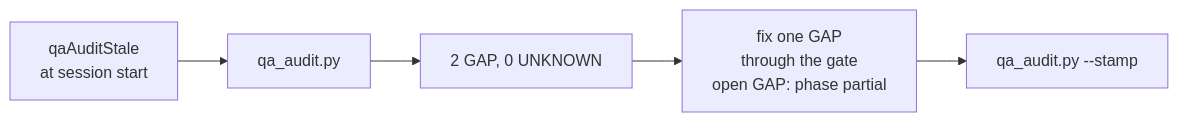
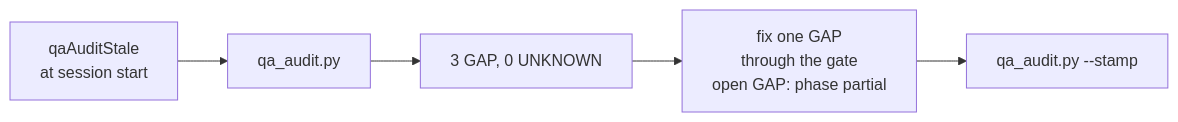
One commit to mbadali25/useful-claude-add-ons changed the diagram in docs/diagrams/process-qa-audit.mmd. Above: the diagram before and after it, drawn with Mermaid. The commit also changed 11 other files, not shown here.

First line of the commit message:
L-0713 follow-up: refresh the diagrams /crew:done named stale

```diff
--- a/docs/diagrams/process-qa-audit.mmd
+++ b/docs/diagrams/process-qa-audit.mmd
@@ -1,8 +1,8 @@
-%% anchor: useful-claude-add-ons@69de978c
+%% anchor: useful-claude-add-ons@f9ed7ddd
 %% Anchors: .crew/verify.json, .github/workflows/instruction-budgets.yml, .github/workflows/marketplace.yml, .github/workflows/mcp-servers.yml, .github/workflows/plugin-evals.yml, .github/workflows/publish-mcp-servers.yml, .github/workflows/pylint.yml, .github/workflows/pytest-crew.yml, .github/workflows/runner-autostart.yml, .github/workflows/shell-suites.yml, .github/workflows/verify-gate.yml
-%% generated by crew qa_doc.py on 2026-10-04. Verify before trusting.
+%% generated by crew qa_doc.py on 2026-10-09. Verify before trusting.
 flowchart LR
   trig["qaAuditStale<br/>at session start"] --> run["qa_audit.py"]
-  run --> result["2 GAP, 0 UNKNOWN"]
+  run --> result["3 GAP, 0 UNKNOWN"]
   result --> act["fix one GAP<br/>through the gate<br/>open GAP: phase partial"]
   act --> stamp["qa_audit.py --stamp"]
```
